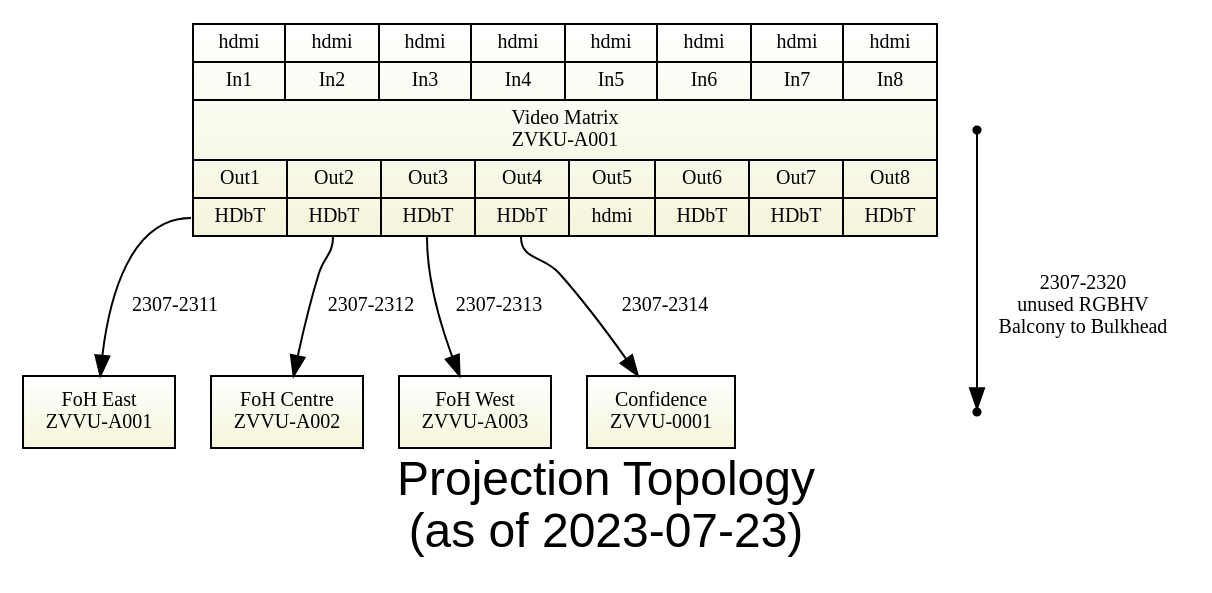
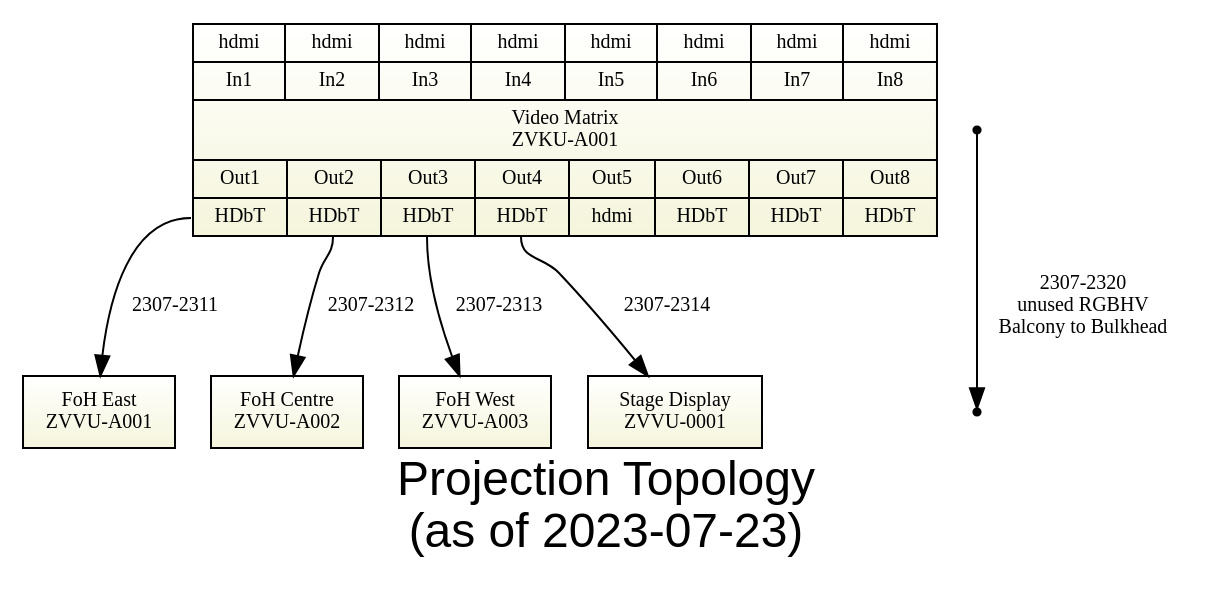
Before and after one commit to avmaint/uactechdoc: the diagram in gv/sdv-topology2-projection.gv, drawn with Graphviz. The commit also changed 5 other files, not shown here.

Commit message:
updated diagrams and intra-doc consistency

```diff
--- a/gv/sdv-topology2-projection.gv
+++ b/gv/sdv-topology2-projection.gv
@@ -1,30 +1,30 @@
 digraph projectiontopology { 
 graph [overlap = true, fontsize = 24, 
       label="Projection Topology\n(as of 2023-07-23)",
       fontname = Helvetica]
     
 node [shape=record, style=filled , fillcolor="white:beige",fontsize = 10,  
       gradientangle=270]
 zvkua001 [label="{
   {{<i1>hdmi|In1}|{<i2>hdmi|In2}|{<i3>hdmi|In3}|{<i4>hdmi|In4}|{<i5>hdmi|In5}|{<i6>hdmi|In6}|{<i7>hdmi|In7}|{<i8>hdmi|In8}}
   |Video Matrix\nZVKU-A001|
   {{Out1|<o1>HDbT}|{Out2|<o2>HDbT}|{Out3|<o3>HDbT}|{Out4|<o4>HDbT}|{Out5|<o5>hdmi}|{Out6|<o6>HDbT}|{Out7|<o7>HDbT}|{Out8|<o8>HDbT} } }"]
   
 node [shape=record, tooltip="" ]
  
 zvvua001 [label="{FoH East\nZVVU-A001}"] 
 zvvua002 [label="{FoH Centre\nZVVU-A002}"]
 zvvua003 [label="{FoH West\nZVVU-A003}"]
-zvvu0001 [label="{Confidence\nZVVU-0001}", tooltip="Rear Projector"]
+zvvu0001 [label="{Stage Display\nZVVU-0001}", tooltip="Rear Projector"]
    
 zvkua001:o1 -> zvvua001 [label="2307-2311" fontsize=10]
 zvkua001:o2 -> zvvua002 [label="2307-2312" fontsize=10]
 zvkua001:o3 -> zvvua003 [label="2307-2313" fontsize=10]
 zvkua001:o4 -> zvvu0001 [label="2307-2314" fontsize=10] 
 
 p1 [shape=point]
 p2 [shape=point]
 p1->p2 [label="2307-2320\nunused RGBHV\nBalcony to Bulkhead" fontsize=10]
   
 {rank=same; zvvua003; zvvua002; zvvua001; zvvu0001;  }
 } 
```
